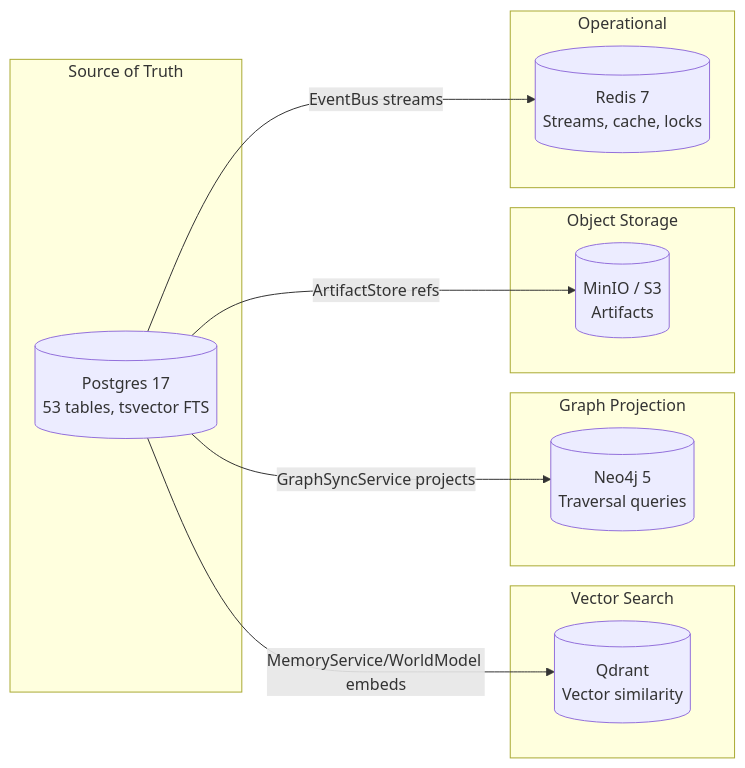
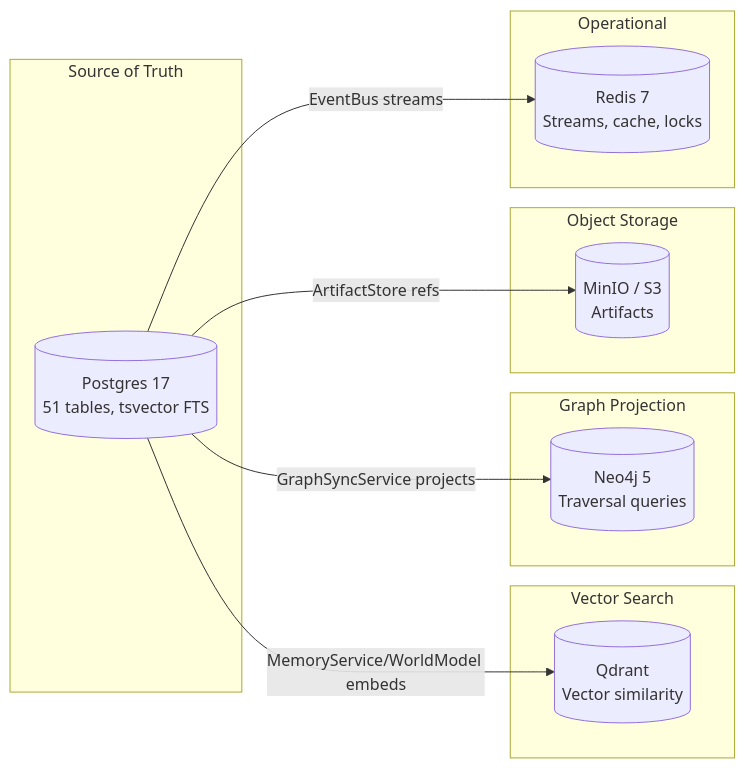
The second of 2 diagrams in docs/architecture/data-model.md (shivadharmi/muldro), drawn with Mermaid before and after one commit. The commit also changed other lines of this file and 6 other files, not shown here.

````diff
--- a/docs/architecture/data-model.md
+++ b/docs/architecture/data-model.md
@@ -275,27 +275,27 @@
 ```mermaid
 graph LR
     subgraph "Source of Truth"
-        PG[(Postgres 17<br/>53 tables, tsvector FTS)]
+        PG[(Postgres 17<br/>51 tables, tsvector FTS)]
     end
 
     subgraph "Vector Search"
         QD[(Qdrant<br/>Vector similarity)]
     end
 
     subgraph "Graph Projection"
         N4J[(Neo4j 5<br/>Traversal queries)]
     end
 
     subgraph "Object Storage"
         S3[(MinIO / S3<br/>Artifacts)]
     end
 
     subgraph "Operational"
         RD[(Redis 7<br/>Streams, cache, locks)]
     end
 
     PG -->|MemoryService/WorldModel embeds| QD
     PG -->|GraphSyncService projects| N4J
     PG -->|ArtifactStore refs| S3
     PG -->|EventBus streams| RD
 ```
````
